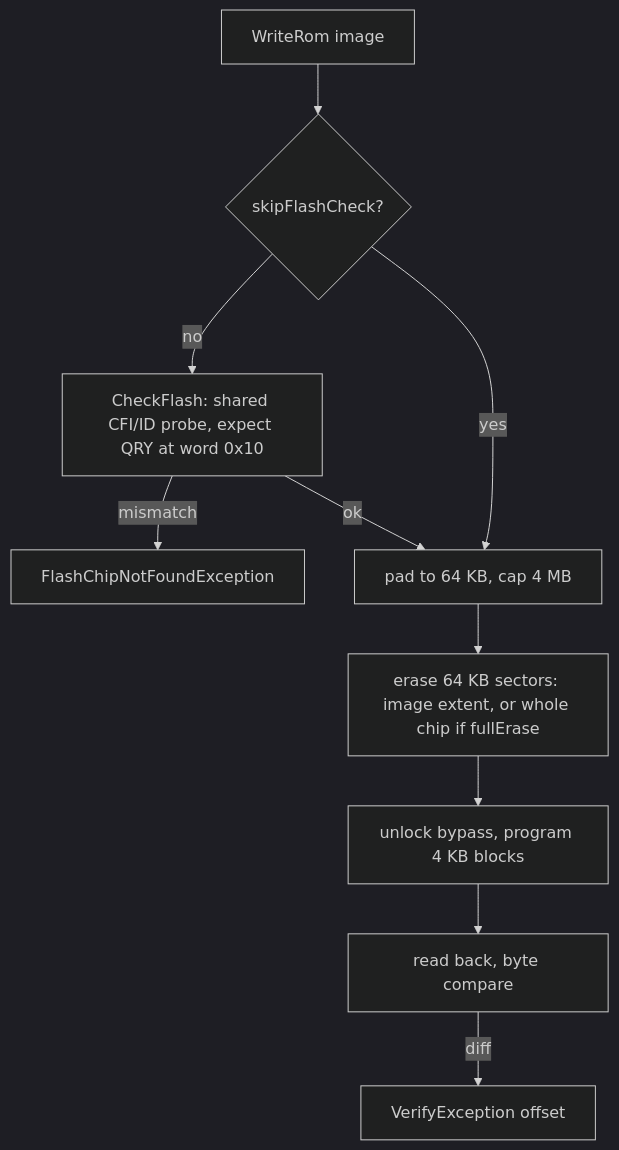
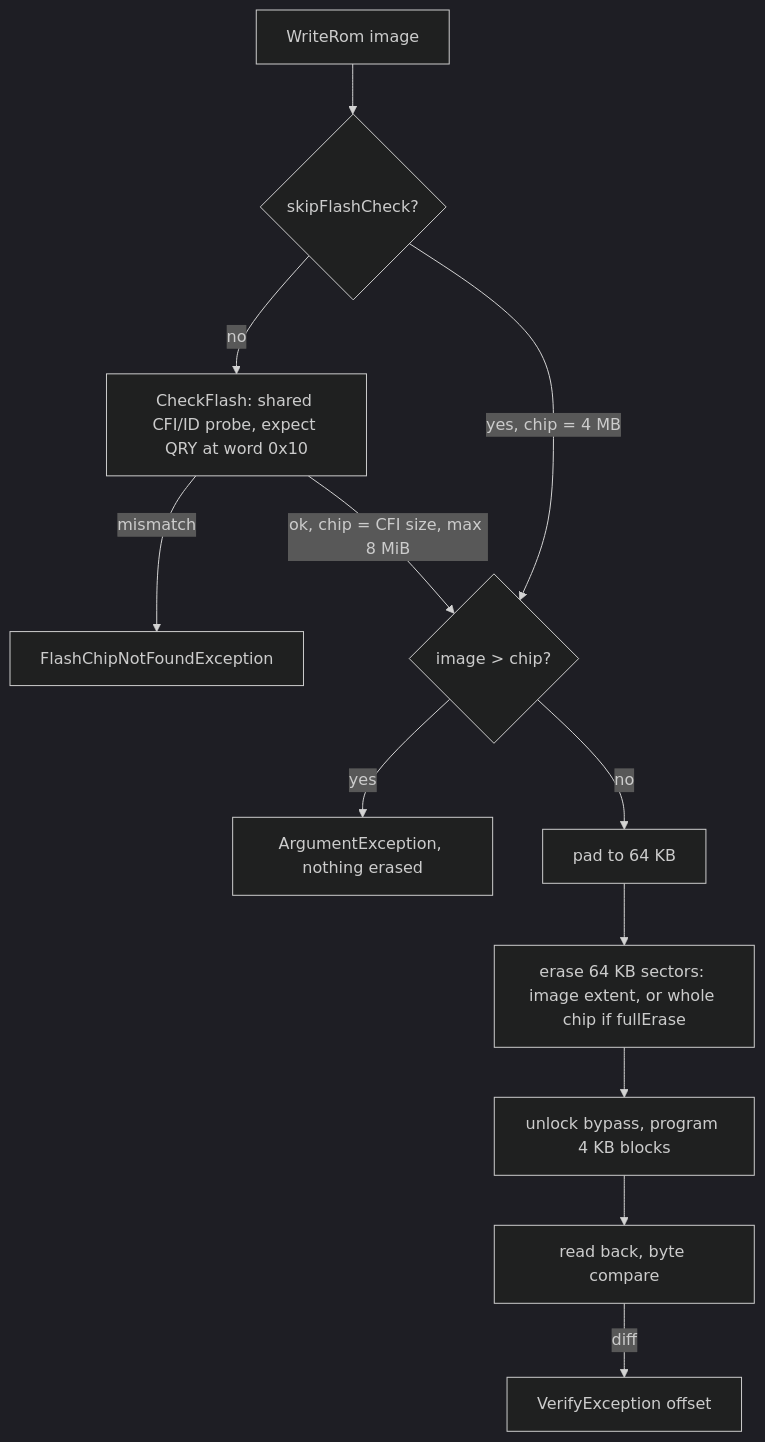
One commit to jfryman/flashkit-md-dotnet changed the diagram in lode/cart/flash-and-save.md. Above: the diagram before and after it, drawn with Mermaid (dark theme). The commit also changed other lines of this file and 18 other files, not shown here.

````diff
--- a/lode/cart/flash-and-save.md
+++ b/lode/cart/flash-and-save.md
@@ -6,10 +6,12 @@
 ```mermaid
 flowchart TD
   W[WriteRom image] --> C{skipFlashCheck?}
   C -->|no| Q[CheckFlash: shared CFI/ID probe, expect QRY at word 0x10] -->|mismatch| FX[FlashChipNotFoundException]
-  C -->|yes| P
-  Q -->|ok| P[pad to 64 KB, cap 4 MB]
+  Q -->|ok, chip = CFI size, max 8 MiB| S{image > chip?}
+  C -->|yes, chip = 4 MB| S
+  S -->|yes| AX[ArgumentException, nothing erased]
+  S -->|no| P[pad to 64 KB]
   P --> E[erase 64 KB sectors: image extent, or whole chip if fullErase]
   E --> WR[unlock bypass, program 4 KB blocks]
   WR --> V[read back, byte compare] -->|diff| VX[VerifyException offset]
 ```
````
